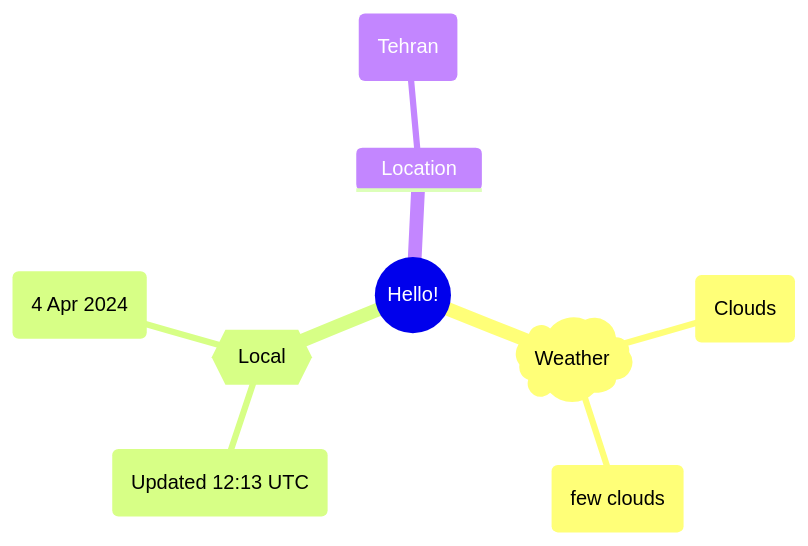
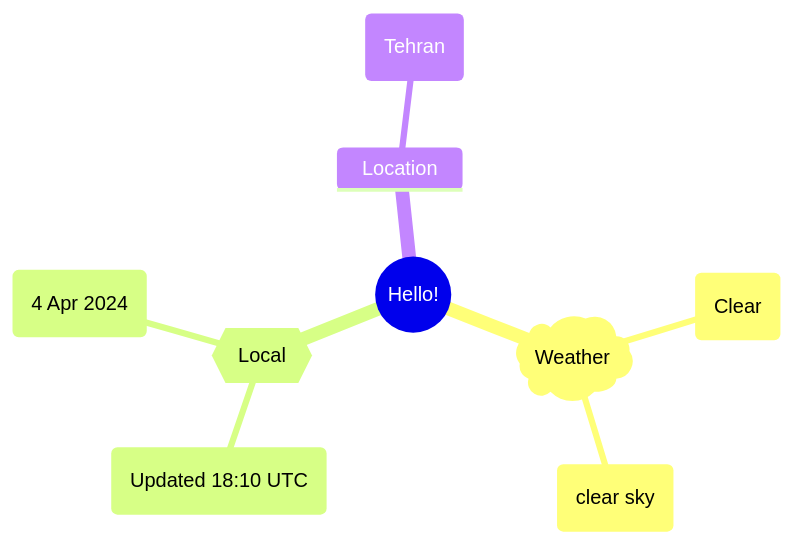
The first of 2 diagrams in README.md (Xosrov/Xosrov), drawn with Mermaid before and after one commit.

Commit message:
[bot] updated images

````diff
--- a/README.md
+++ b/README.md
@@ -3,12 +3,12 @@
 ```mermaid
 mindmap
   root((Hello!))
     )Weather(
-        (Clouds)
-        (few clouds)
+        (Clear)
+        (clear sky)
     {{Local}}
-        (Updated 12:13 UTC)
+        (Updated 18:10 UTC)
         (4 Apr 2024)
     Location
         (Tehran)
 ```
````
